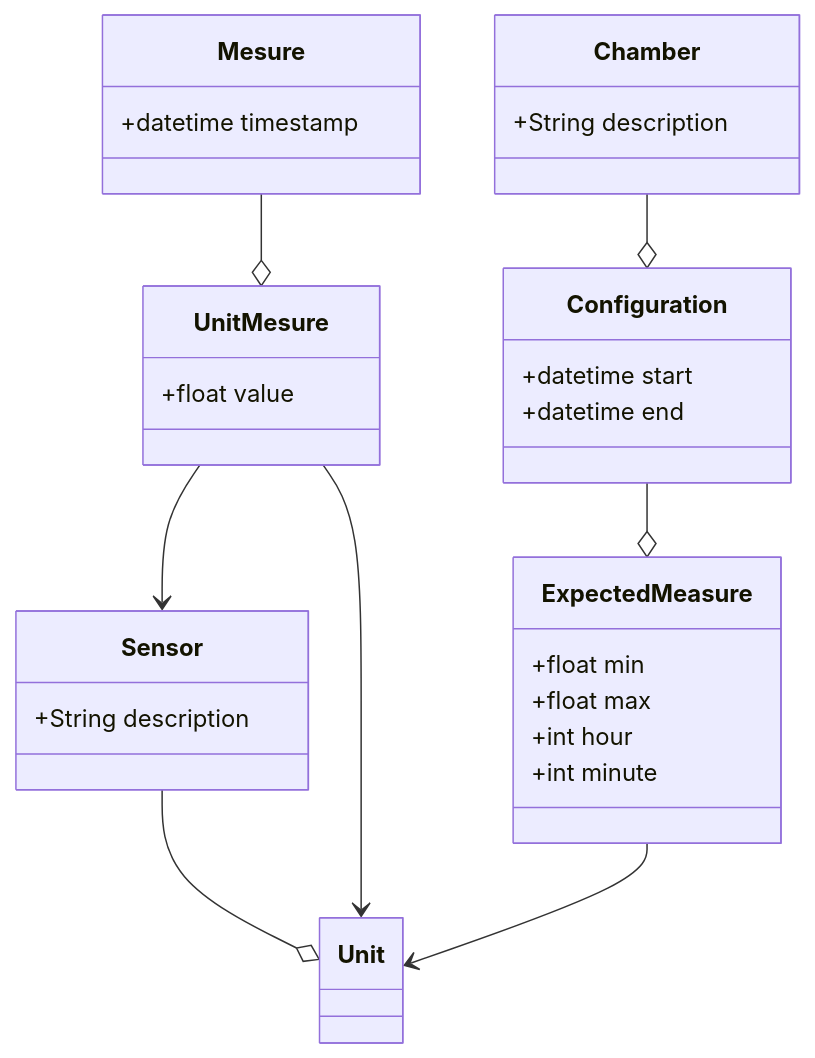
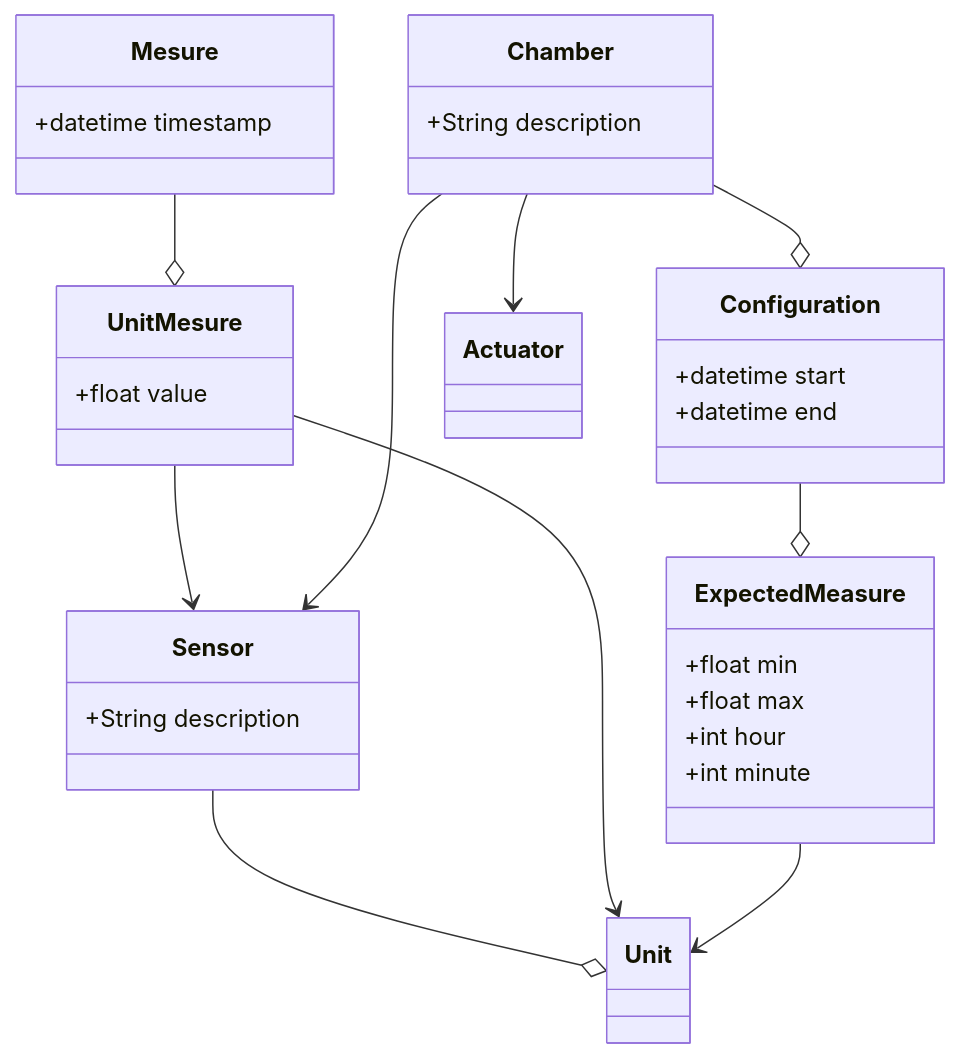
Before and after one commit to GrowCab/GC_database: the diagram in docs/database_design.md, drawn with Mermaid.

Commit message:
Added some tables

````diff
--- a/docs/database_design.md
+++ b/docs/database_design.md
@@ -1,39 +1,41 @@
 ```mermaid
 classDiagram
 
 class Sensor{
     +String description
 }
-class Unit{    
+class Unit{ 
 }
 class Mesure{
     +datetime timestamp
 }
 class UnitMesure{
     +float value
 }
 class ExpectedMeasure{
     +float min
     +float max
     +int hour
     +int minute
 }
 class Configuration{
     +datetime start
     +datetime end
 }
 class Chamber{
     +String description
 }
 
 
 Sensor --o Unit
 UnitMesure --> Unit
 UnitMesure --> Sensor
 Mesure --o UnitMesure
 ExpectedMeasure --> Unit
 Configuration --o ExpectedMeasure
 Chamber --o Configuration
+Chamber --> Sensor
+Chamber --> Actuator
 
 
 ```
````
